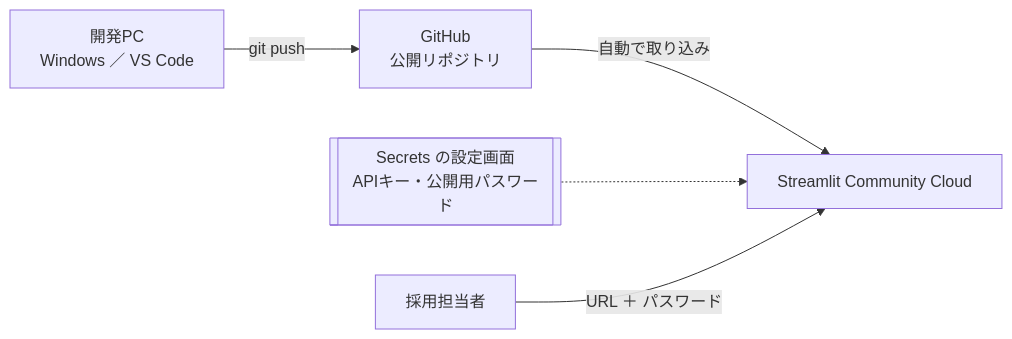
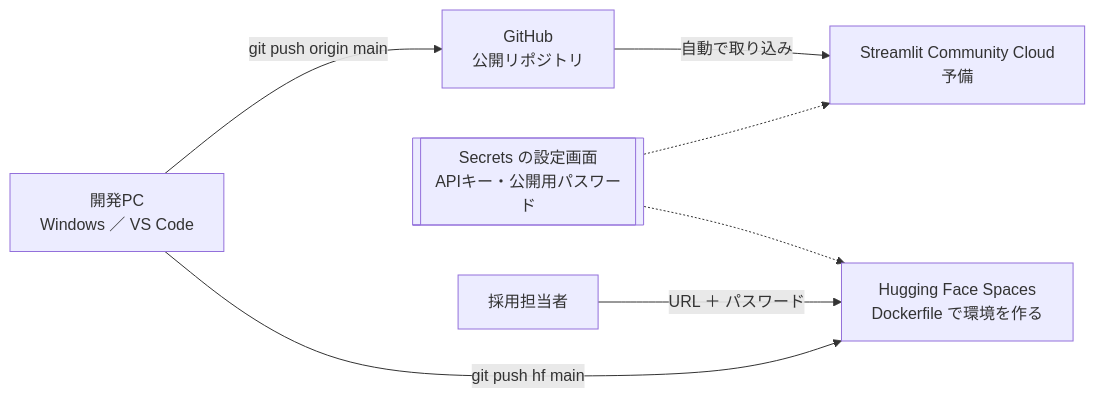
Before and after one commit to yukon2051-byteyu/ai-bic: the fourth of 4 diagrams in docs/07_システム構成図.md, drawn with Mermaid. The commit also changed other lines of this file and 3 other files, not shown here.

First line of the commit message:
docs: 公開先を Hugging Face Spaces に移した理由と確認結果を記録する

````diff
--- a/docs/07_システム構成図.md
+++ b/docs/07_システム構成図.md
@@ -117,7 +117,9 @@
 ```mermaid
 flowchart LR
-    DEV[開発PC<br>Windows ／ VS Code] -->|git push| GH[GitHub<br>公開リポジトリ]
-    GH -->|自動で取り込み| SCC[Streamlit Community Cloud]
-    SECRET[[Secrets の設定画面<br>APIキー・公開用パスワード]] -.-> SCC
-    RECRUITER[採用担当者] -->|URL ＋ パスワード| SCC
+    DEV[開発PC<br>Windows ／ VS Code] -->|git push hf main| HF[Hugging Face Spaces<br>Dockerfile で環境を作る]
+    DEV -->|git push origin main| GH[GitHub<br>公開リポジトリ]
+    GH -->|自動で取り込み| SCC[Streamlit Community Cloud<br>予備]
+    SECRET[[Secrets の設定画面<br>APIキー・公開用パスワード]] -.-> HF
+    SECRET -.-> SCC
+    RECRUITER[採用担当者] -->|URL ＋ パスワード| HF
 ```
````
